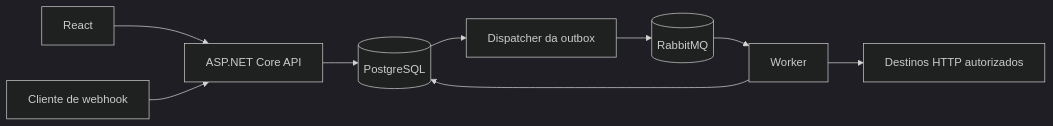
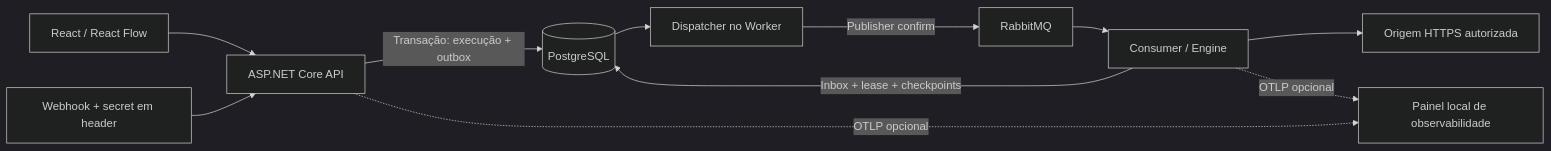
The first of 2 diagrams in README.md (gabxw/flowforge), drawn with Mermaid (dark theme) before and after one commit. The commit also changed other lines of this file and 13 other files, not shown here.

Commit message:
Consolidar apresentação e operação do FlowForge

````diff
--- a/README.md
+++ b/README.md
@@ -27,11 +28,13 @@
-```mermaid
+~~~mermaid
 flowchart LR
-    Frontend[React] --> API[ASP.NET Core API]
-    Webhook[Cliente de webhook] --> API
-    API --> DB[(PostgreSQL)]
-    DB --> Outbox[Dispatcher da outbox]
-    Outbox --> Queue[(RabbitMQ)]
-    Queue --> Worker[Worker]
-    Worker --> DB
-    Worker --> HTTP[Destinos HTTP autorizados]
-```
+    UI[React / React Flow] --> API[ASP.NET Core API]
+    Hook[Webhook + secret em header] --> API
+    API -->|Transação: execução + outbox| DB[(PostgreSQL)]
+    DB --> Dispatcher[Dispatcher no Worker]
+    Dispatcher -->|Publisher confirm| MQ[RabbitMQ]
+    MQ --> Consumer[Consumer / Engine]
+    Consumer -->|Inbox + lease + checkpoints| DB
+    Consumer --> HTTP[Origem HTTPS autorizada]
+    API -. OTLP opcional .-> OTEL[Painel local de observabilidade]
+    Consumer -. OTLP opcional .-> OTEL
+~~~
````
